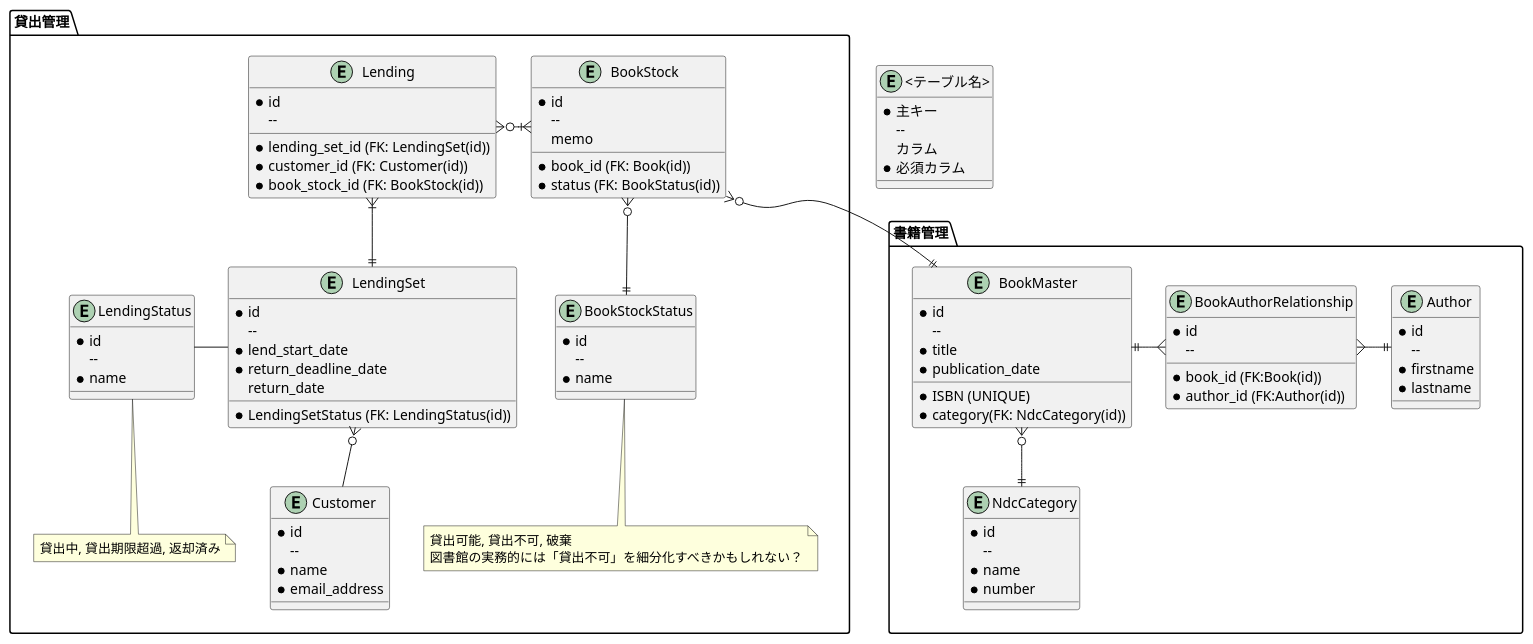
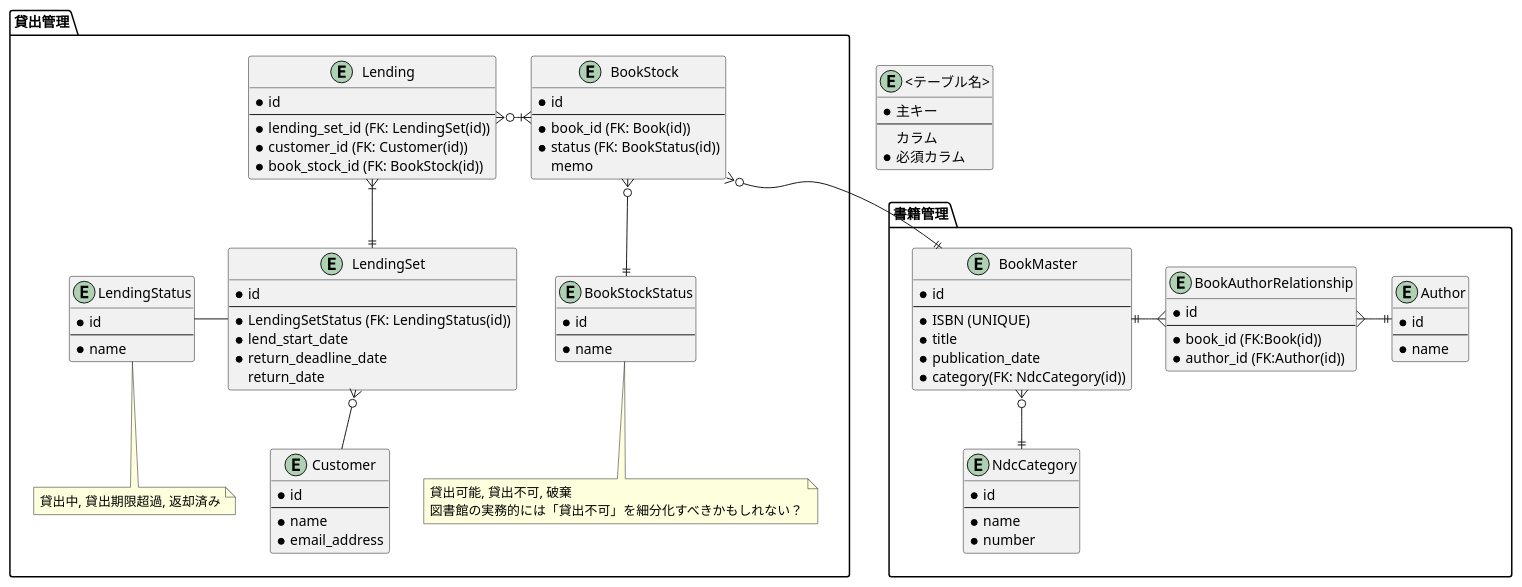
One commit to mikoto2000/LibrarySystem changed the diagram in doc/diagram/ER.puml. Above: the diagram before and after it, drawn with PlantUML. The commit also changed 1 other file, not shown here.

Commit message:
Author の firstname と lastname を分けるのを止めた。
ペンネームとか分けられないものがあったり、ミドルネームがあったりするので、ひとつにしてしまう。

```diff
--- a/doc/diagram/ER.puml
+++ b/doc/diagram/ER.puml
@@ -1,110 +1,109 @@
 @startuml
 
 package "貸出管理" {
 
   entity BookStock {
     * id
-      --
-      * book_id (FK: Book(id))
-      * status (FK: BookStatus(id))
-      memo
+    --
+    * book_id (FK: Book(id))
+    * status (FK: BookStatus(id))
+    memo
   }
 
   entity BookStockStatus {
     * id
-      --
-      * name
+    --
+    * name
   }
 
   note bottom: 貸出可能, 貸出不可, 破棄\n図書館の実務的には「貸出不可」を細分化すべきかもしれない？
 
   entity Customer {
     * id
-      --
-      * name
-      * email_address
+    --
+    * name
+    * email_address
   }
 
   entity Lending {
     * id
-      --
-      * lending_set_id (FK: LendingSet(id))
-      * customer_id (FK: Customer(id))
-      * book_stock_id (FK: BookStock(id))
+    --
+    * lending_set_id (FK: LendingSet(id))
+    * customer_id (FK: Customer(id))
+    * book_stock_id (FK: BookStock(id))
   }
 
   entity LendingSet {
     * id
-      --
-      * LendingSetStatus (FK: LendingStatus(id))
-      * lend_start_date
-      * return_deadline_date
-      return_date
+    --
+    * LendingSetStatus (FK: LendingStatus(id))
+    * lend_start_date
+    * return_deadline_date
+    return_date
   }
 
   entity LendingStatus {
     * id
-      --
-      * name
+    --
+    * name
   }
 
   note bottom: 貸出中, 貸出期限超過, 返却済み
 
 }
 
 package "書籍管理" {
 
   entity NdcCategory {
     * id
-      --
-      * name
-      * number
+    --
+    * name
+    * number
   }
 
   entity BookMaster {
     * id
-      --
-      * ISBN (UNIQUE)
-      * title
-      * publication_date
-      * category(FK: NdcCategory(id))
+    --
+    * ISBN (UNIQUE)
+    * title
+    * publication_date
+    * category(FK: NdcCategory(id))
   }
 
   entity Author {
     * id
-      --
-      * firstname
-      * lastname
+    --
+    * name
   }
 
   entity BookAuthorRelationship {
     * id
-      --
-      * book_id (FK:Book(id))
-      * author_id (FK:Author(id))
+    --
+    * book_id (FK:Book(id))
+    * author_id (FK:Author(id))
   }
 
 }
 
 BookMaster ||-{ BookAuthorRelationship
 BookMaster }o--|| NdcCategory
 BookAuthorRelationship }-|| Author
 
 BookStock }o-|| BookMaster
 Lending }o-|{ BookStock
 LendingSet }o-- Customer
 
 BookStock }o--|| BookStockStatus
 Lending }|--|| LendingSet
 LendingStatus - LendingSet
 
 "貸出管理" -[hidden]- "書籍管理"
 
 entity "<テーブル名>" {
   * 主キー
-    --
-    カラム
-    * 必須カラム
+  --
+  カラム
+  * 必須カラム
 }
 
 @enduml
```
